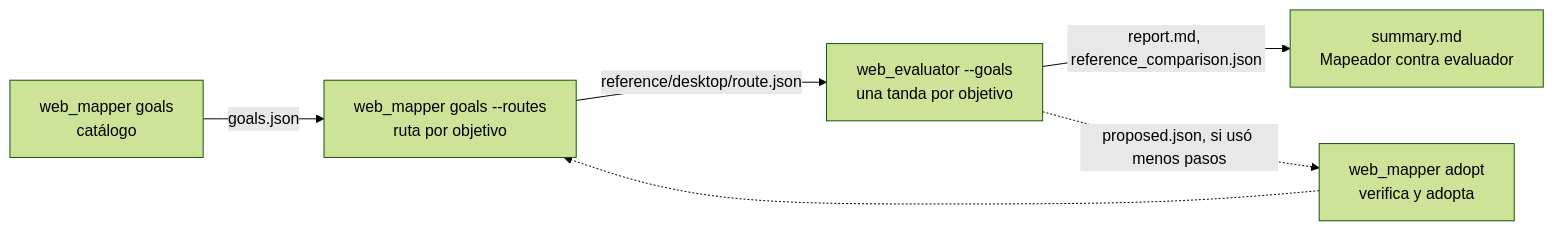
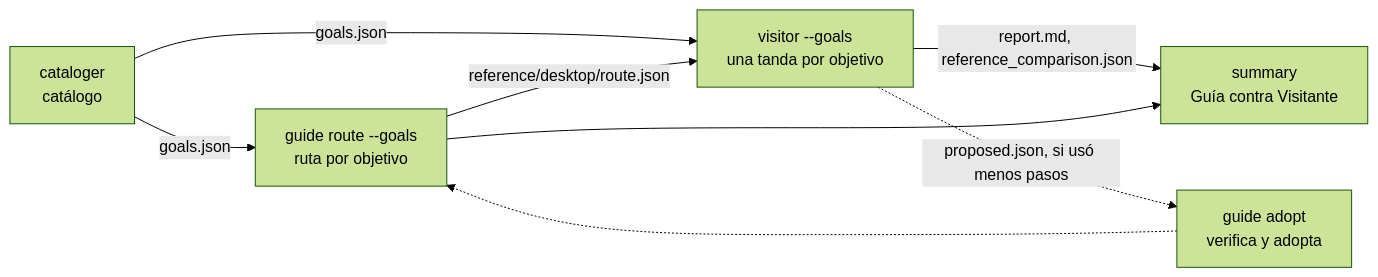
Before and after one commit to platanus-hack/platanus-hack-26-cl-team-36: the first of 2 diagrams in docs/agents/arquitectura.md, drawn with Mermaid (forest theme). The commit also changed other lines of this file and 12 other files, not shown here.

Commit message:
docs: nombra Catalogador, Guía y Visitante

````diff
--- a/docs/agents/arquitectura.md
+++ b/docs/agents/arquitectura.md
@@ -77,8 +61,10 @@
 ```mermaid
 flowchart LR
-  C["web_mapper goals<br/>catálogo"] -->|"goals.json"| R["web_mapper goals --routes<br/>ruta por objetivo"]
-  R -->|"reference/desktop/route.json"| E["web_evaluator --goals<br/>una tanda por objetivo"]
-  E -->|"report.md, reference_comparison.json"| S["summary.md<br/>Mapeador contra evaluador"]
-  E -.->|"proposed.json, si usó menos pasos"| A["web_mapper adopt<br/>verifica y adopta"]
-  A -.-> R
+  C["cataloger<br/>catálogo"] -->|"goals.json"| G["guide route --goals<br/>ruta por objetivo"]
+  C -->|"goals.json"| V["visitor --goals<br/>una tanda por objetivo"]
+  G -->|"reference/desktop/route.json"| V
+  V -->|"report.md, reference_comparison.json"| S["summary<br/>Guía contra Visitante"]
+  G --> S
+  V -.->|"proposed.json, si usó menos pasos"| A["guide adopt<br/>verifica y adopta"]
+  A -.-> G
 ```
````
